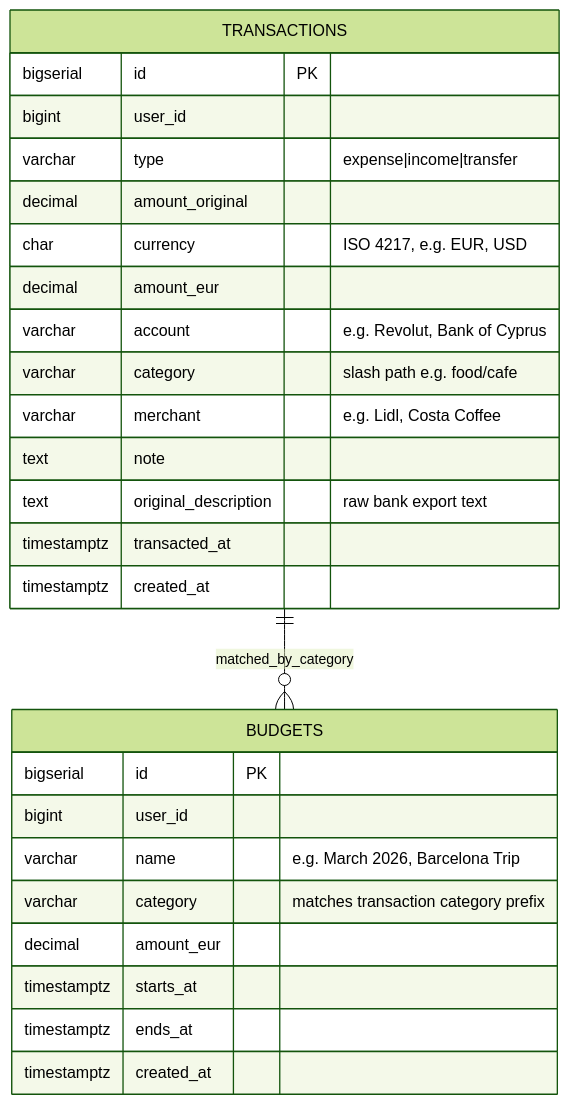
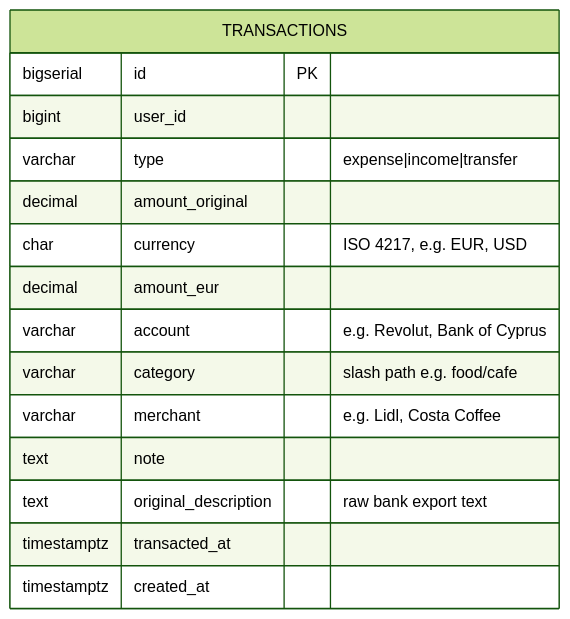
Before and after one commit to rusinikita/personal: the first of 10 diagrams in docs/functions/money-spec.md, drawn with Mermaid (forest theme). The commit also changed other lines of this file and 5 other files, not shown here.

````diff
--- a/docs/functions/money-spec.md
+++ b/docs/functions/money-spec.md
@@ -46,31 +48,18 @@
 ```mermaid
 erDiagram
-    TRANSACTIONS ||--o{ BUDGETS : "matched_by_category"
-
     TRANSACTIONS {
         bigserial id PK
         bigint user_id
         varchar type "expense|income|transfer"
         decimal amount_original
         char currency "ISO 4217, e.g. EUR, USD"
         decimal amount_eur
         varchar account "e.g. Revolut, Bank of Cyprus"
         varchar category "slash path e.g. food/cafe"
         varchar merchant "e.g. Lidl, Costa Coffee"
         text note
         text original_description "raw bank export text"
         timestamptz transacted_at
         timestamptz created_at
     }
-
-    BUDGETS {
-        bigserial id PK
-        bigint user_id
-        varchar name "e.g. March 2026, Barcelona Trip"
-        varchar category "matches transaction category prefix"
-        decimal amount_eur
-        timestamptz starts_at
-        timestamptz ends_at
-        timestamptz created_at
-    }
 ```
````
